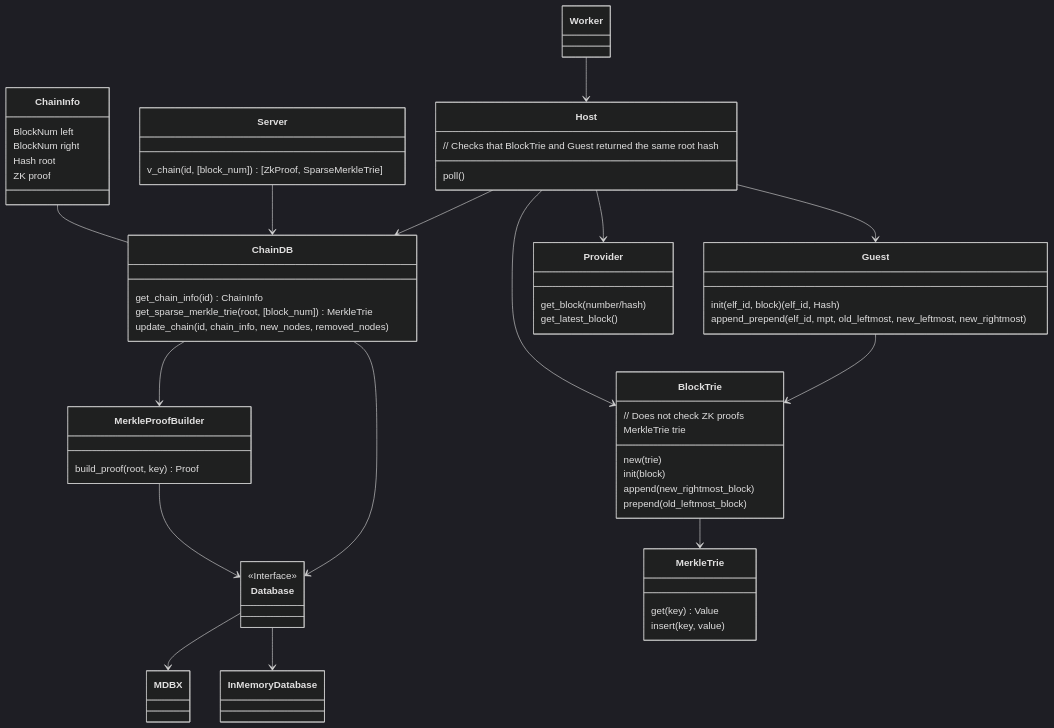
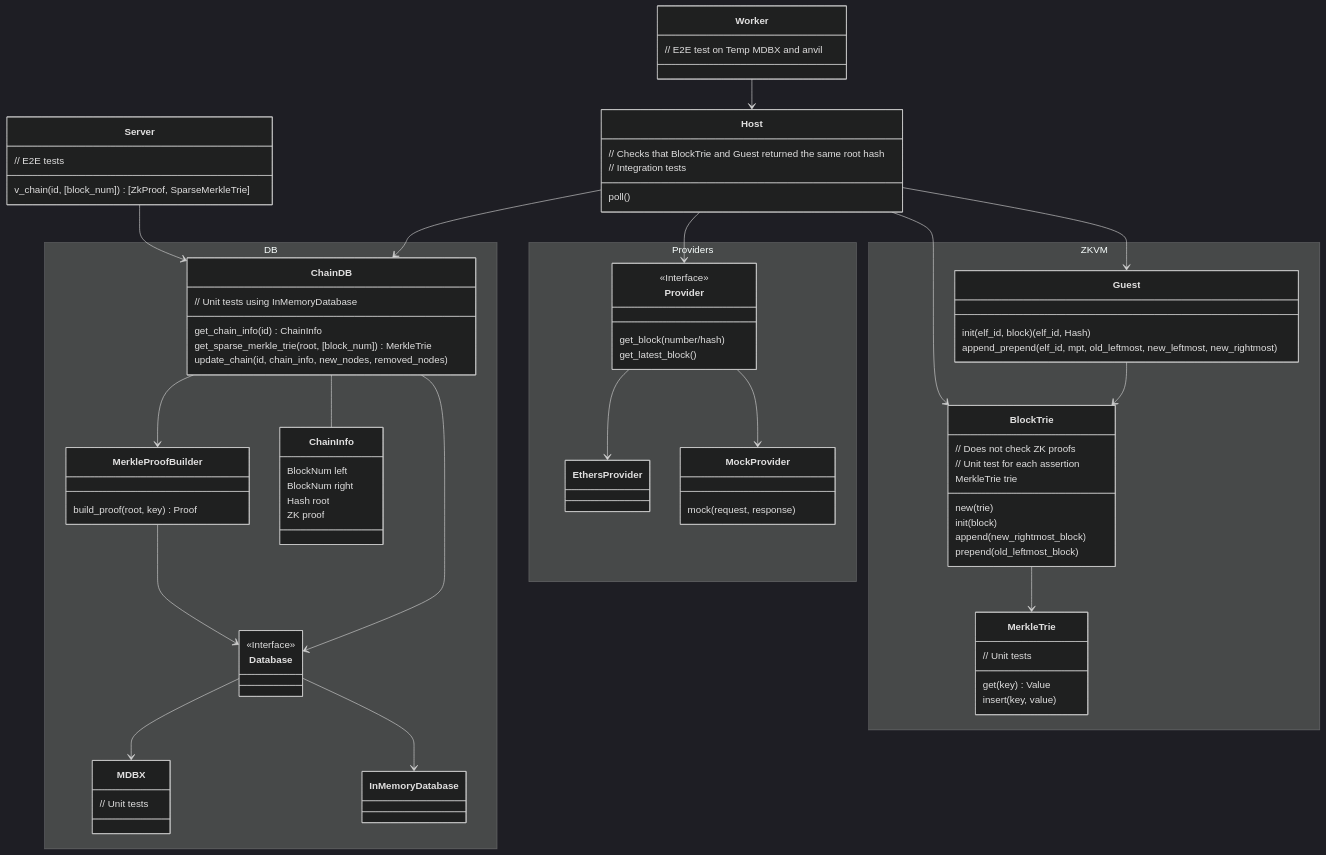
The diagram in book/src/appendix/architecture/block_proof/coherence.md (vlayer-xyz/vlayer), drawn with Mermaid before and after one commit.

Commit message:
Improve Chain diagram

````diff
--- a/book/src/appendix/architecture/block_proof/coherence.md
+++ b/book/src/appendix/architecture/block_proof/coherence.md
@@ -166,67 +166,99 @@
 ```mermaid
 %%{init: {'theme':'dark'}}%%
 classDiagram
-    class MDBX
-    class InMemoryDatabase
-    class Database {
-        <<Interface>>
+    namespace DB {
+        class MDBX {
+          // Unit tests
+        }
+
+        class InMemoryDatabase {
+        }
+
+        class Database {
+            <<Interface>>
+        }
+
+      class MerkleProofBuilder {
+        build_proof(root, key) Proof
+      }
+
+      class ChainDB {
+          // Unit tests using InMemoryDatabase
+          get_chain_info(id) ChainInfo
+          get_sparse_merkle_trie(root, [block_num]) MerkleTrie
+          update_chain(id, chain_info, new_nodes, removed_nodes)
+      }
+
+      class ChainInfo {
+        BlockNum left
+        BlockNum right
+        Hash root
+        ZK proof
+      }
     }
 
-    class ChainDB {
-        get_chain_info(id) ChainInfo
-        get_sparse_merkle_trie(root, [block_num]) MerkleTrie
-        update_chain(id, chain_info, new_nodes, removed_nodes)
-    }
+    namespace ZKVM {
+      class MerkleTrie {
+          // Unit tests
+          get(key) Value
+          insert(key, value)
+      }
 
-    class MerkleTrie {
-        get(key) Value
-        insert(key, value)
-    }
+      class BlockTrie {
+          // Does not check ZK proofs
+          // Unit test for each assertion
+          MerkleTrie trie
 
-    class BlockTrie {
-        // Does not check ZK proofs
-        MerkleTrie trie
+          new(trie)
+          init(block)
+          append(new_rightmost_block)
+          prepend(old_leftmost_block)
+      }
 
-        new(trie)
-        init(block)
-        append(new_rightmost_block)
-        prepend(old_leftmost_block)
-    }
-
-    class Guest {
-        init(elf_id, block) (elf_id, Hash)
-        append_prepend(elf_id, mpt, old_leftmost, new_leftmost, new_rightmost)
+      class Guest {
+          init(elf_id, block) (elf_id, Hash)
+          append_prepend(elf_id, mpt, old_leftmost, new_leftmost, new_rightmost)
+      }
     }
 
     class Host {
         // Checks that BlockTrie and Guest returned the same root hash
+        // Integration tests
         poll()
     }
 
     class Server {
+        // E2E tests
         v_chain(id, [block_num]) [ZkProof, SparseMerkleTrie]
     }
 
-    class ChainInfo {
-      BlockNum left
-      BlockNum right
-      Hash root
-      ZK proof
+    namespace Providers {
+      class Provider {
+        <<Interface>>
+        get_block(number/hash)
+        get_latest_block()
+      }
+
+      class EthersProvider {
+      }
+
+      class MockProvider {
+        mock(request, response)
+      }
     }
 
-    class MerkleProofBuilder {
-      build_proof(root, key) Proof
-    }
+    Provider --> EthersProvider
+    Provider --> MockProvider
 
-    class Provider {
-      get_block(number/hash)
-      get_latest_block()
+    class Worker {
+      // E2E test on Temp MDBX and anvil
     }
 
     Database --> MDBX
     Database --> InMemoryDatabase
     ChainDB --> Database
     ChainDB --> MerkleProofBuilder
+    ChainDB -- ChainInfo
     MerkleProofBuilder --> Database
     Worker --> Host
     Host --> ChainDB
@@ -236,5 +268,5 @@
     BlockTrie --> MerkleTrie
     Guest --> BlockTrie
     Host --> BlockTrie
-    ChainInfo -- ChainDB
+    
 ```
````
